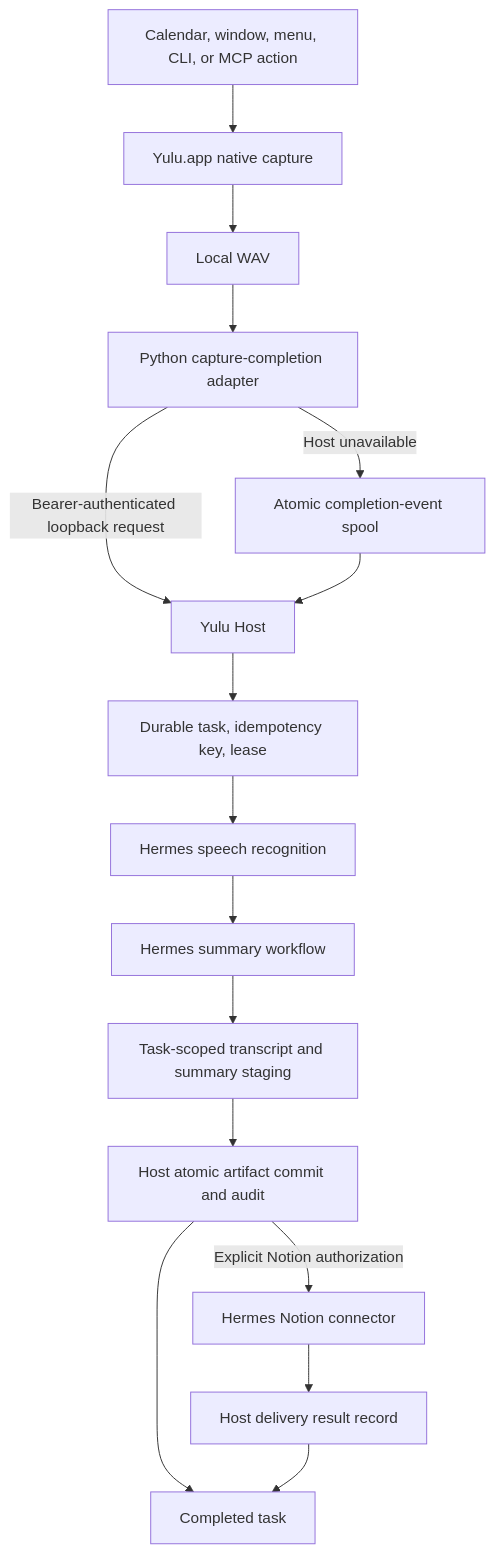
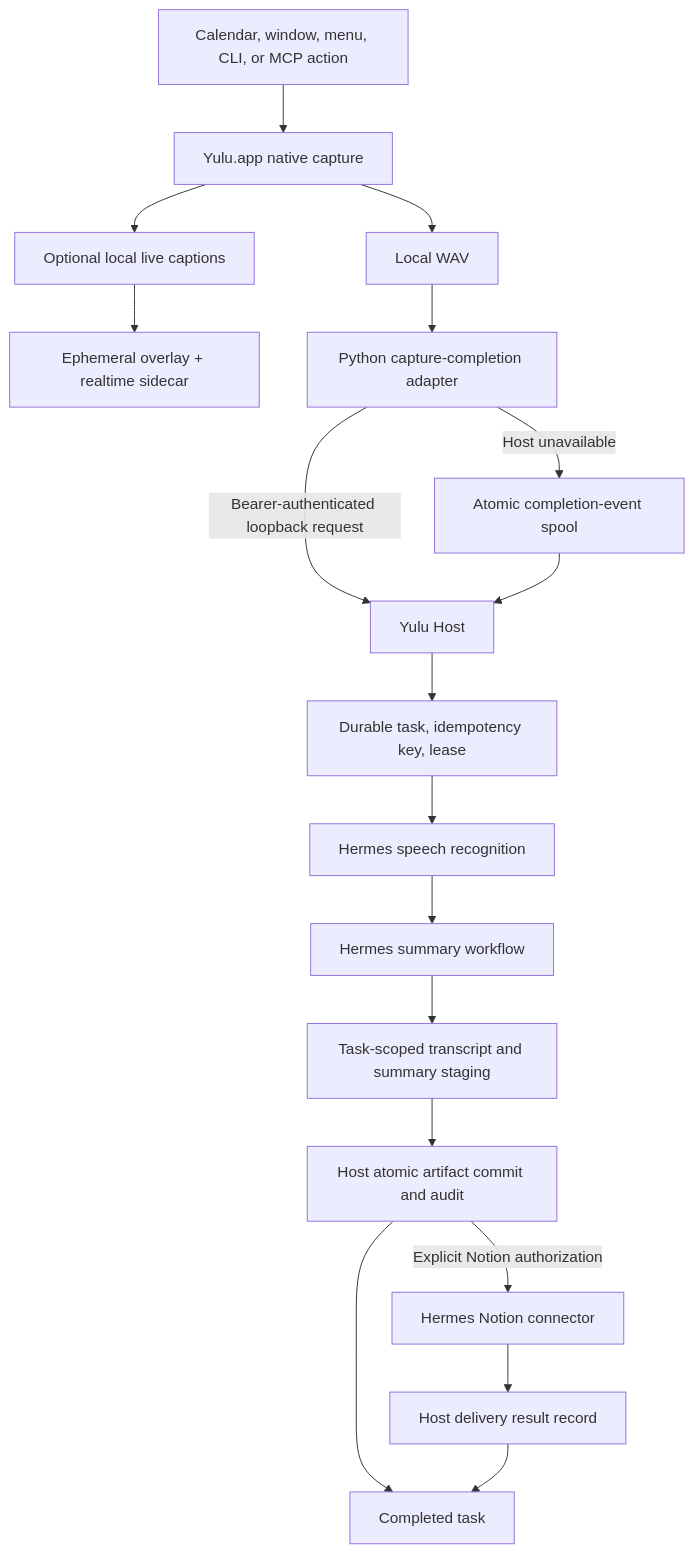
The first of 2 diagrams in docs/ARCHITECTURE.md (Nowhitestar/Yulu), drawn with Mermaid before and after one commit. The commit also changed other lines of this file and 38 other files, not shown here.

Commit message:
feat(transcription): add local hybrid realtime captions

````diff
--- a/docs/ARCHITECTURE.md
+++ b/docs/ARCHITECTURE.md
@@ -44,18 +48,20 @@
 ```mermaid
 flowchart TD
     A["Calendar, window, menu, CLI, or MCP action"] --> B["Yulu.app native capture"]
     B --> C["Local WAV"]
+    B --> O["Optional local live captions"]
+    O --> P["Ephemeral overlay + realtime sidecar"]
     C --> D["Python capture-completion adapter"]
     D -->|"Bearer-authenticated loopback request"| E["Yulu Host"]
     D -->|"Host unavailable"| F["Atomic completion-event spool"]
     F --> E
     E --> G["Durable task, idempotency key, lease"]
     G --> H["Hermes speech recognition"]
     H --> I["Hermes summary workflow"]
     I --> J["Task-scoped transcript and summary staging"]
     J --> K["Host atomic artifact commit and audit"]
     K -->|"Explicit Notion authorization"| L["Hermes Notion connector"]
     L --> M["Host delivery result record"]
     K --> N["Completed task"]
     M --> N
 ```
````
